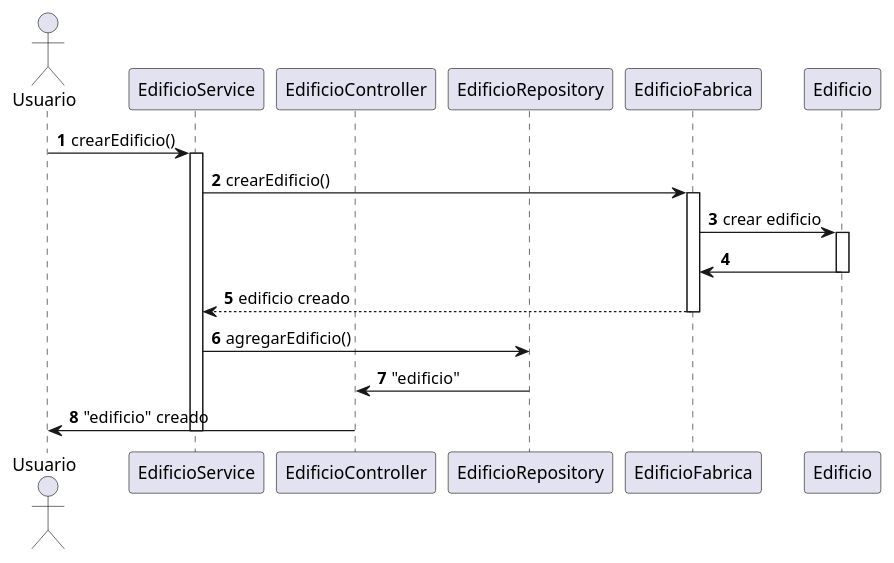
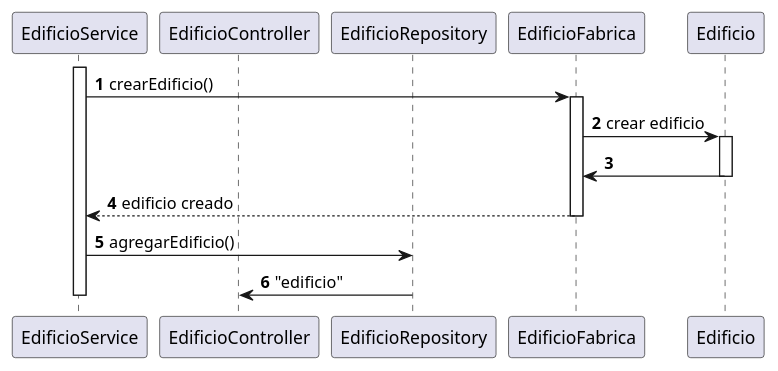
Before and after one commit to Grupo-Wakanda/GestionEdificios: the diagram in uml/SecuenciaEdif.puml, drawn with PlantUML. The commit also changed 1 other file, not shown here.

Commit message:
correccion uml

```diff
--- a/uml/SecuenciaEdif.puml
+++ b/uml/SecuenciaEdif.puml
@@ -1,25 +1,22 @@
 @startuml
 'https://plantuml.com/sequence-diagram
 
 autonumber
-actor Usuario
 participant "EdificioService" as ES
 participant "EdificioController" as EC
 participant "EdificioRepository" as ER
 participant "EdificioFabrica" as EF
 
-Usuario -> "ES" : crearEdificio()
 activate ES
 ES -> "EF" : crearEdificio()
 activate EF
 EF -> "Edificio" : crear edificio
 activate Edificio
 Edificio -> EF
 deactivate Edificio
 EF --> ES : edificio creado
 deactivate EF
 ES -> ER : agregarEdificio()
 ER -> EC: "edificio"
-EC -> Usuario: "edificio" creado
 deactivate ES
 @enduml
```
